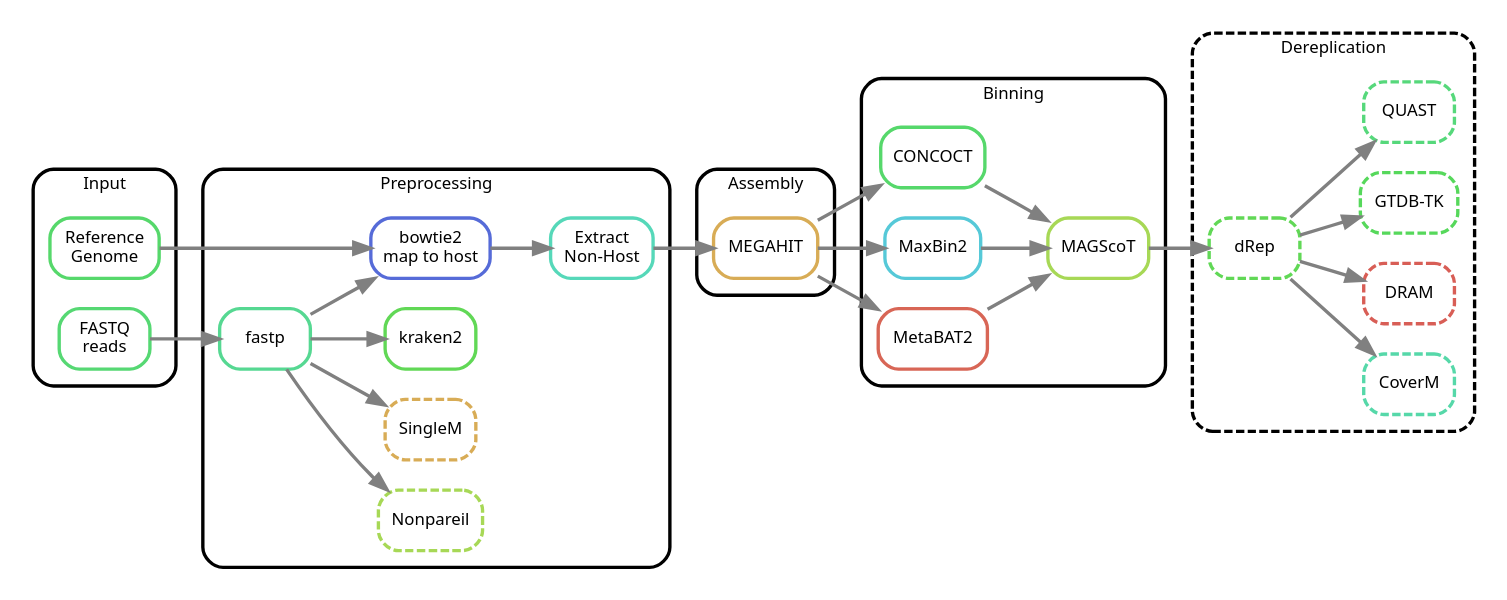
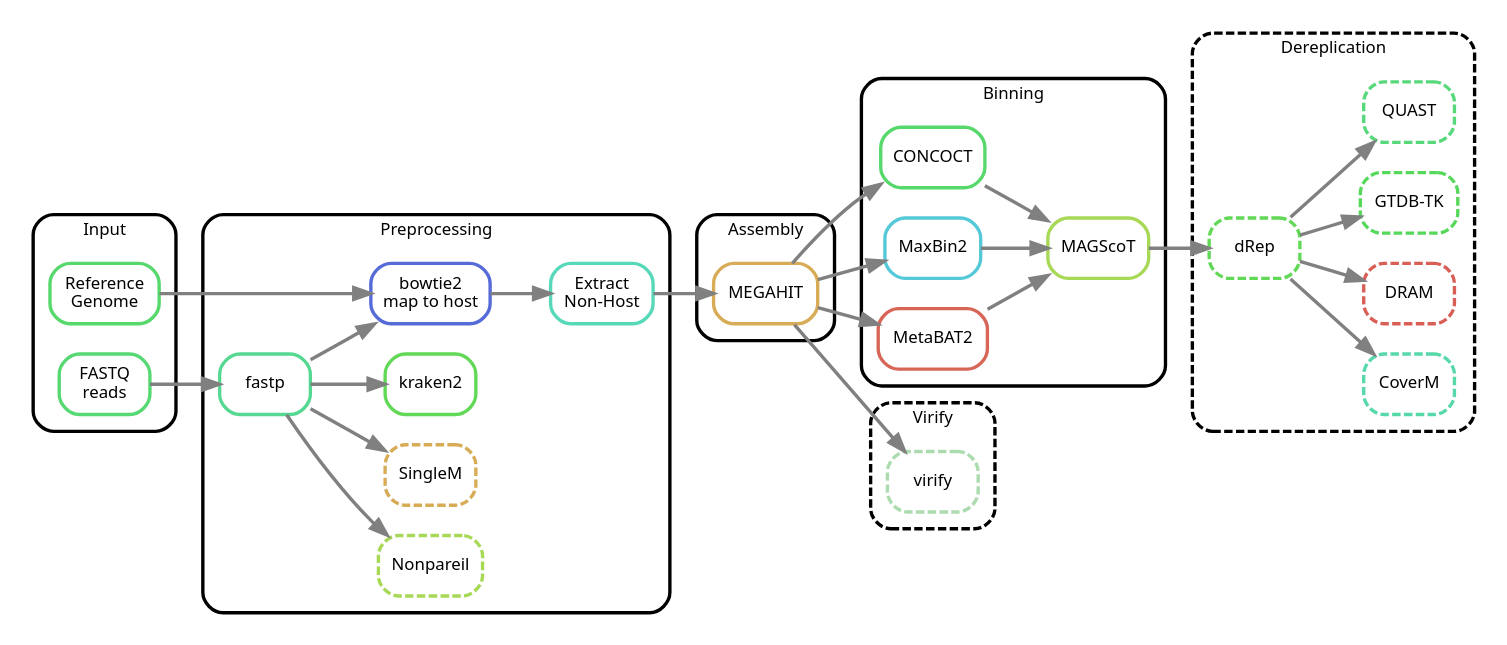
The diagram in rulegraph_simple.dot (3d-omics/mg_assembly), drawn with Graphviz before and after one commit. The commit also changed 1 other file, not shown here.

```diff
--- a/rulegraph_simple.dot
+++ b/rulegraph_simple.dot
@@ -1,74 +1,84 @@
 digraph snakemake_dag {
 	rankdir=LR;
     graph[bgcolor=white, margin=0, compound=true];
     node[shape=box, style=rounded, fontname=sans, fontsize=10, penwidth=2];
     edge[penwidth=2, color=grey];
 
     subgraph cluster_0 {
         label = "Input";
 		shape=box; style=rounded; fontname=sans; fontsize=10; penwidth=2; margin=10;
         reference [label = "Reference\nGenome", color = "0.36 0.6 0.85"];
     	fastq     [label = "FASTQ\nreads",      color = "0.37 0.6 0.85"];
     }
 
 	subgraph cluster_1 {
 		label = "Preprocessing";
 		shape=box; style=rounded; fontname=sans; fontsize=10; penwidth=2; margin=10;
 		extract   [label = "Extract\nNon-Host",    color = "0.46 0.6 0.85"];
 	    bowtie2   [label = "bowtie2\nmap to host", color = "0.64 0.6 0.85"];
 	    fastp     [label = "fastp",                color = "0.41 0.6 0.85"];
 	    nonpareil [label = "Nonpareil",            color = "0.23 0.6 0.85", style = "dashed,rounded"];
 	    singlem   [label = "SingleM",              color = "0.11 0.6 0.85", style = "dashed,rounded"];
 	    kraken2   [label = "kraken2",              color = "0.32 0.6 0.85"];
 	}
 
     reference -> bowtie2
     fastq     -> fastp
 
 	fastp   -> bowtie2
 	fastp   -> nonpareil
 	fastp   -> singlem
 	fastp   -> kraken2
 	bowtie2 -> extract
 	extract -> megahit
 
 	subgraph cluster_2 {
 		label = "Assembly";
 		shape=box; style=rounded; fontname=sans; fontsize=10; penwidth=2; margin=10;
 		megahit [label = "MEGAHIT", color = "0.11 0.6 0.85"];
 	}
 
 	megahit -> concoct
 	megahit -> maxbin2
 	megahit -> metabat2
+	megahit -> virify
 
 	subgraph cluster_3 {
 		label = "Binning";
-		shape=box; style=rounded; fontname=sans; fontsize=10; penwidth=2; margin=10;
+		shape=box; style=rounded; fontname=sans; fontsize=10; penwidth=2; margin="10,10";
 		concoct  [label = "CONCOCT",  color = "0.36 0.6 0.85"];
     	maxbin2  [label = "MaxBin2",  color = "0.52 0.6 0.85"];
 	    metabat2 [label = "MetaBAT2", color = "0.02 0.6 0.85"];
 		magscot  [label = "MAGScoT",  color = "0.23 0.6 0.85"];
 	}
 
 	metabat2 -> magscot
 	concoct  -> magscot
 	maxbin2  -> magscot
 	magscot  -> drep
 
 	subgraph cluster_4 {
 		label = "Dereplication";
 		shape=box; style="rounded,dashed"; fontname=sans; fontsize=10; penwidth=2; margin=10;
     	coverm [label = "CoverM",  color = "0.44 0.6 0.85", style = "dashed,rounded"];
 	    dram   [label = "DRAM",    color = "0.01 0.6 0.85", style = "dashed,rounded"];
 	    gtdbtk [label = "GTDB-TK", color = "0.34 0.6 0.85", style = "dashed,rounded"];
 	    drep   [label = "dRep",    color = "0.32 0.6 0.85", style = "dashed,rounded"];
     	quast  [label = "QUAST",   color = "0.38 0.6 0.85", style = "dashed,rounded"];
 	}
 
 	drep -> coverm
 	drep -> dram
 	drep -> gtdbtk
 	drep -> quast
+	subgraph cluster_5_space {
+		margin = 10;
+		style = invis;
+		subgraph cluster_5 {
+			label = "Virify";
+			shape=box; style="rounded,dashed"; fontname=sans; fontsize=10; penwidth=2; margin="10,10";
+			virify [label = "virify", color = "0.35 0.22 0.86", style = "dashed,rounded"];
+		}
+	}
 
 }
```
